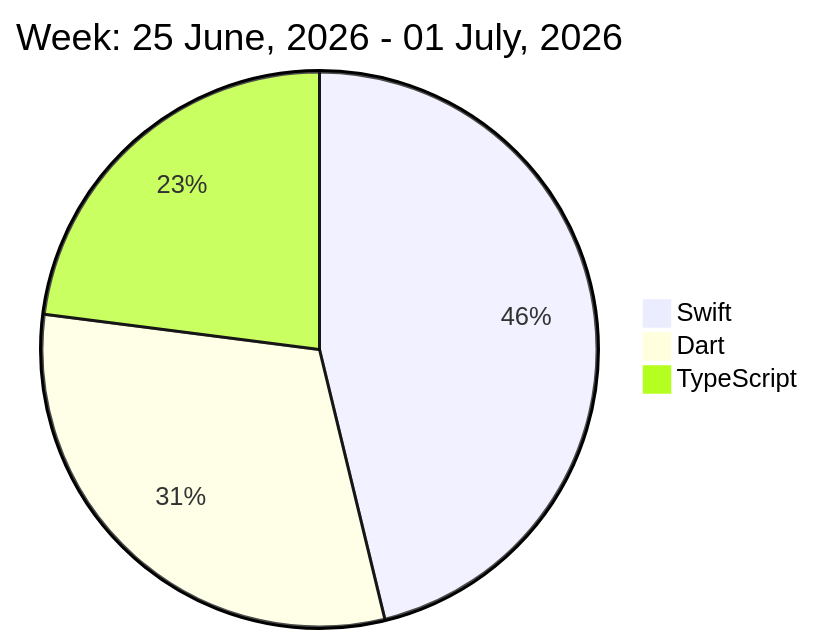
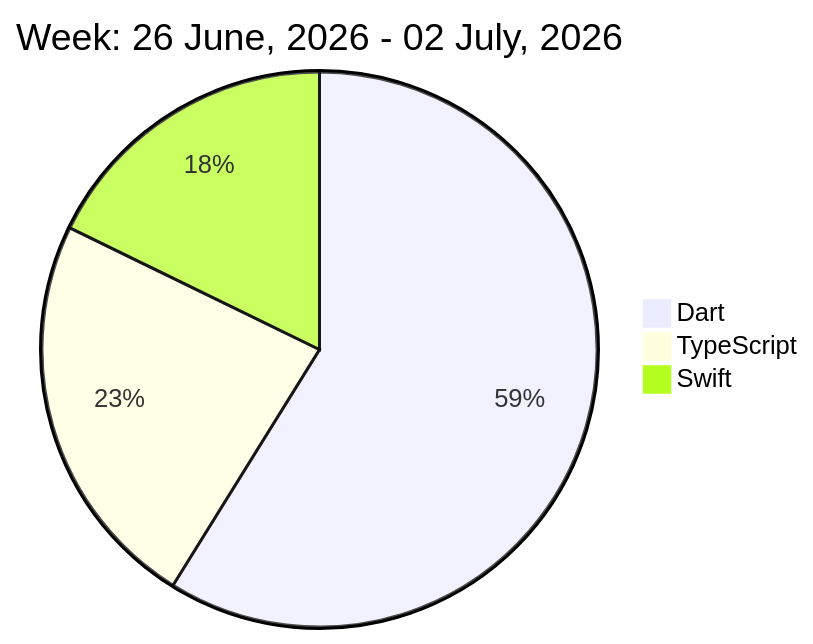
Before and after one commit to liubin95/liubin95: the diagram in README.md, drawn with Mermaid.

Commit message:
Updated the Graph with new Metrics

````diff
--- a/README.md
+++ b/README.md
@@ -32,7 +32,7 @@
 ```mermaid
  pie
-title Week: 25 June, 2026 - 01 July, 2026
- "Swift" : 5.13
- "Dart" : 3.42
- "TypeScript" : 2.55
+title Week: 26 June, 2026 - 02 July, 2026
+ "Dart" : 6.85
+ "TypeScript" : 2.72
+ "Swift" : 2.07
 ```
````
